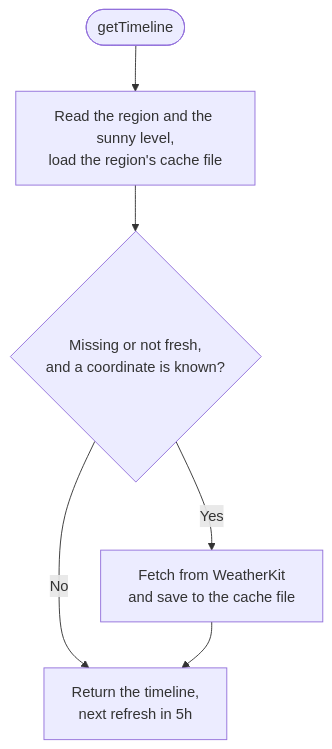
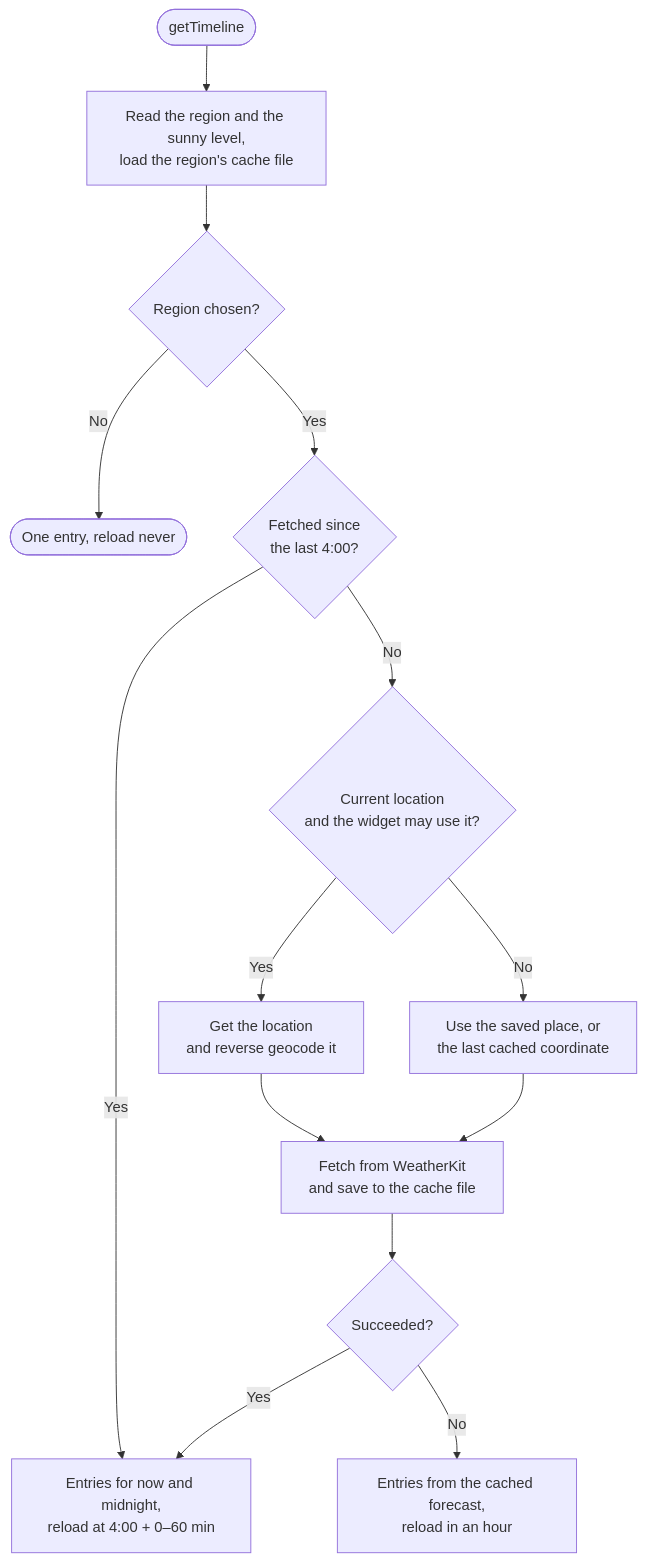
Before and after one commit to naipaka/NextSunnyDay-iOS: the second of 2 diagrams in docs/architecture/weather-fetch-flow.md, drawn with Mermaid. The commit also changed other lines of this file and 15 other files, not shown here.

````diff
--- a/docs/architecture/weather-fetch-flow.md
+++ b/docs/architecture/weather-fetch-flow.md
@@ -57,8 +59,16 @@
 ```mermaid
 flowchart TD
     A([getTimeline]) --> B[Read the region and the sunny level,<br/>load the region's cache file]
-    B --> C{Missing or not fresh,<br/>and a coordinate is known?}
-    C -- No --> E[Return the timeline,<br/>next refresh in 5h]
-    C -- Yes --> D[Fetch from WeatherKit<br/>and save to the cache file]
-    D --> E
+    B --> R{Region chosen?}
+    R -- No --> N([One entry, reload never])
+    R -- Yes --> C{Fetched since<br/>the last 4:00?}
+    C -- Yes --> E[Entries for now and midnight,<br/>reload at 4:00 + 0–60 min]
+    C -- No --> L{Current location<br/>and the widget may use it?}
+    L -- Yes --> LL[Get the location<br/>and reverse geocode it]
+    L -- No --> LC[Use the saved place, or<br/>the last cached coordinate]
+    LL --> D[Fetch from WeatherKit<br/>and save to the cache file]
+    LC --> D
+    D --> K{Succeeded?}
+    K -- Yes --> E
+    K -- No --> F[Entries from the cached forecast,<br/>reload in an hour]
 ```
````
